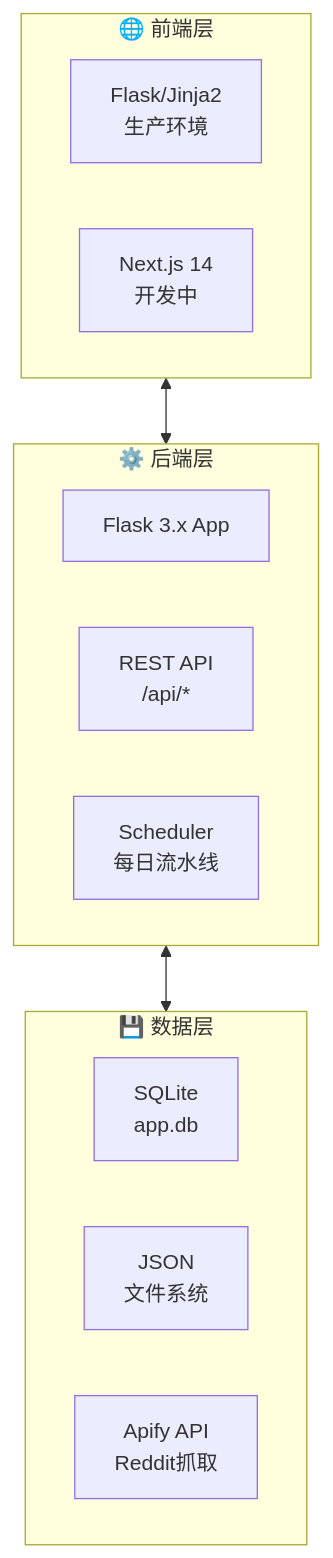
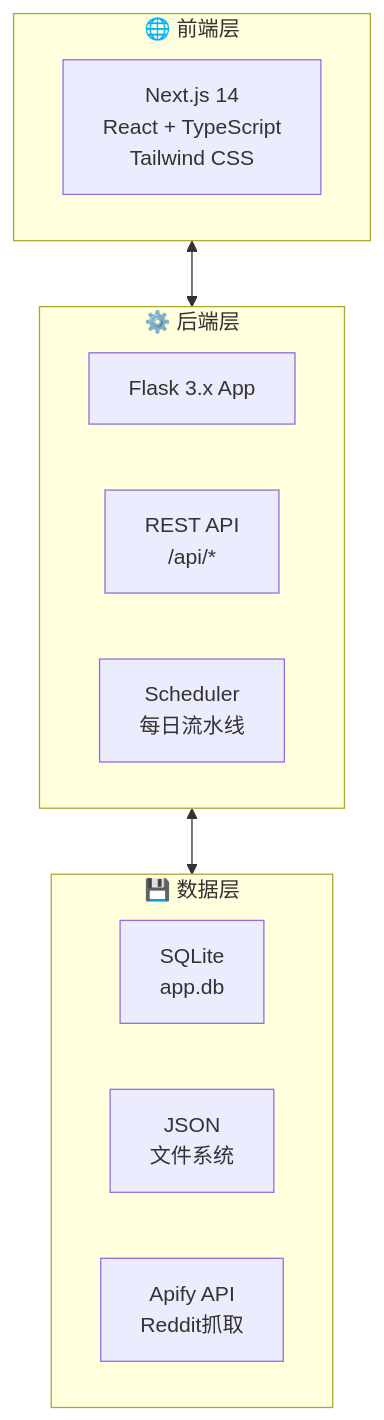
Before and after one commit to steven-95271/reddit-ops-web: the first of 2 diagrams in README.md, drawn with Mermaid. The commit also changed other lines of this file, not shown here.

````diff
--- a/README.md
+++ b/README.md
@@ -25,22 +27,21 @@
 ```mermaid
 flowchart TB
     subgraph Frontend["🌐 前端层"]
-        F1[Flask/Jinja2<br/>生产环境]
-        F2[Next.js 14<br/>开发中]
+        F1[Next.js 14<br/>React + TypeScript<br/>Tailwind CSS]
     end
 
     subgraph Backend["⚙️ 后端层"]
         B1[Flask 3.x App]
         B2[REST API<br/>/api/*]
         B3[Scheduler<br/>每日流水线]
     end
 
     subgraph Data["💾 数据层"]
         D1[SQLite<br/>app.db]
         D2[JSON<br/>文件系统]
         D3[Apify API<br/>Reddit抓取]
     end
 
     Frontend <--> Backend
     Backend <--> Data
 ```
````
